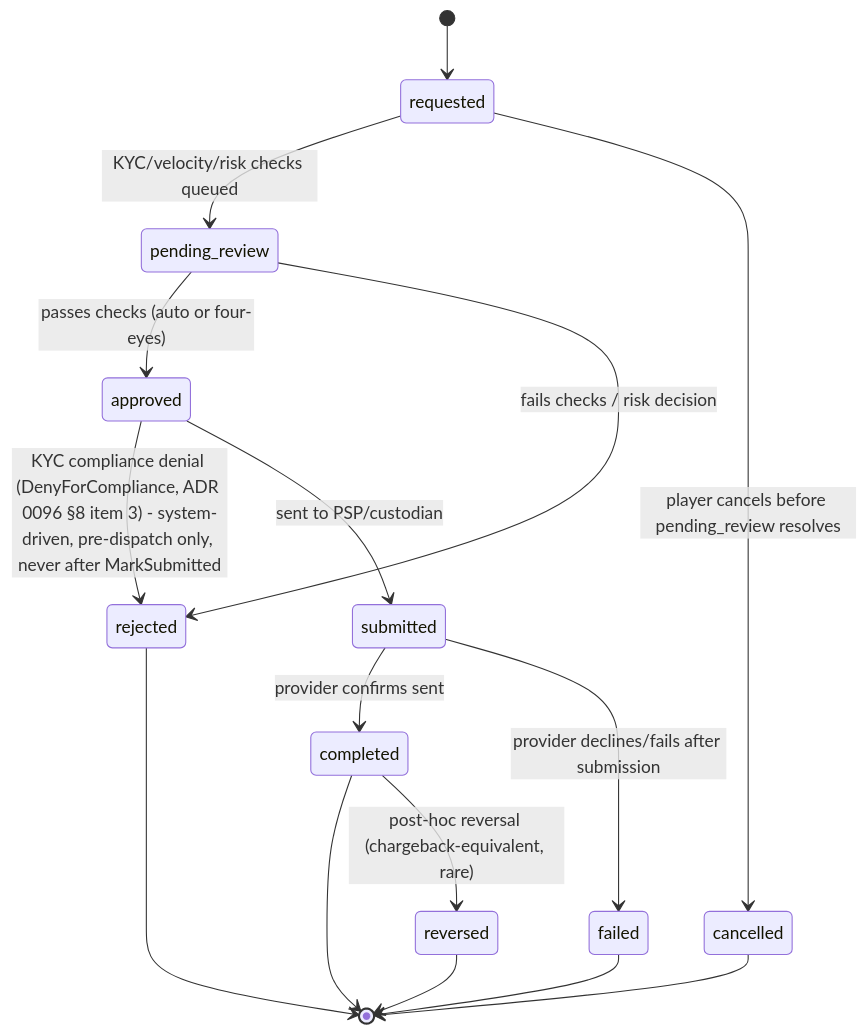
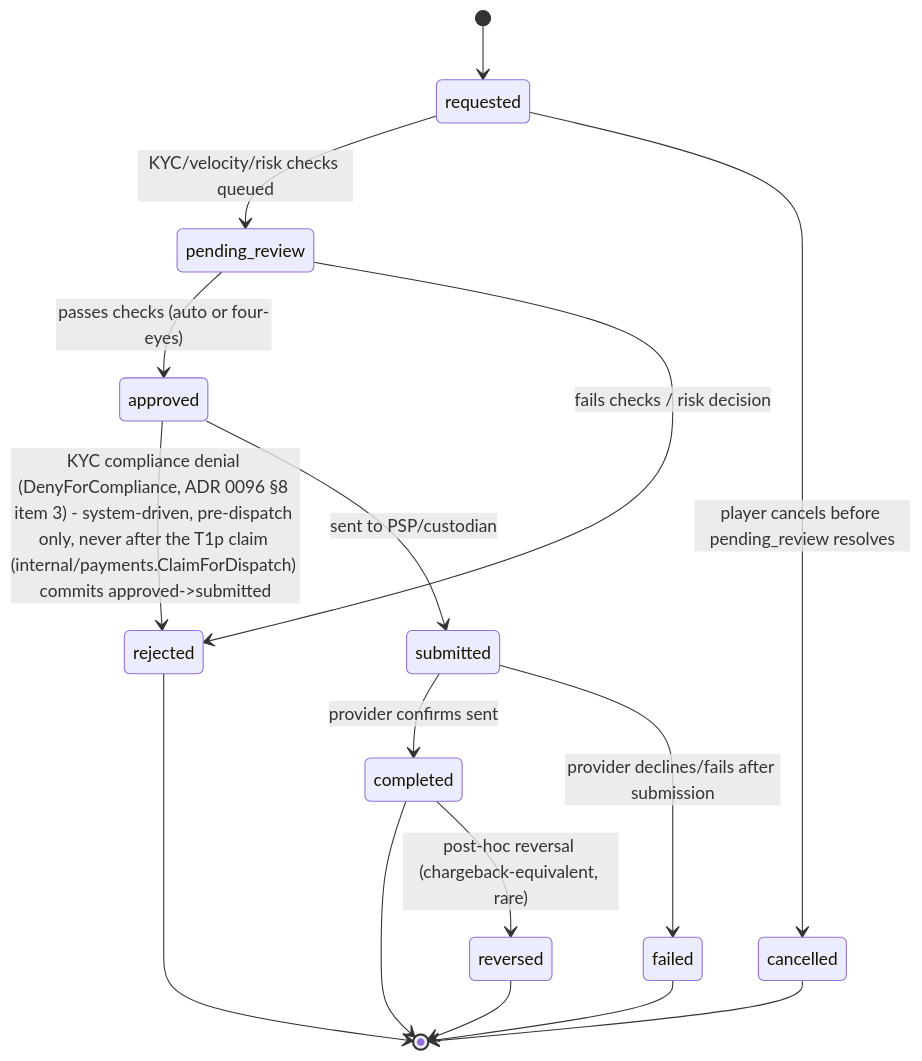
Before and after one commit to Diansalas/igaming-platform: the diagram in docs/architecture/withdrawal-state-machine.md, drawn with Mermaid. The commit also changed other lines of this file and 6 other files, not shown here.

First line of the commit message:
feat(payments): ADR 0095 payout dispatch (T1p/phase-B/phase-C)

````diff
--- a/docs/architecture/withdrawal-state-machine.md
+++ b/docs/architecture/withdrawal-state-machine.md
@@ -24,18 +31,18 @@
 ```mermaid
 stateDiagram-v2
     [*] --> requested
     requested --> pending_review: KYC/velocity/risk checks queued
     pending_review --> approved: passes checks (auto or four-eyes)
     pending_review --> rejected: fails checks / risk decision
-    approved --> rejected: KYC compliance denial (DenyForCompliance, ADR 0096 §8 item 3) - system-driven, pre-dispatch only, never after MarkSubmitted
+    approved --> rejected: KYC compliance denial (DenyForCompliance, ADR 0096 §8 item 3) - system-driven, pre-dispatch only, never after the T1p claim (internal/payments.ClaimForDispatch) commits approved->submitted
     approved --> submitted: sent to PSP/custodian
     submitted --> completed: provider confirms sent
     submitted --> failed: provider declines/fails after submission
     requested --> cancelled: player cancels before pending_review resolves
     rejected --> [*]
     completed --> [*]
     failed --> [*]
     cancelled --> [*]
     completed --> reversed: post-hoc reversal (chargeback-equivalent, rare)
     reversed --> [*]
 ```
````
